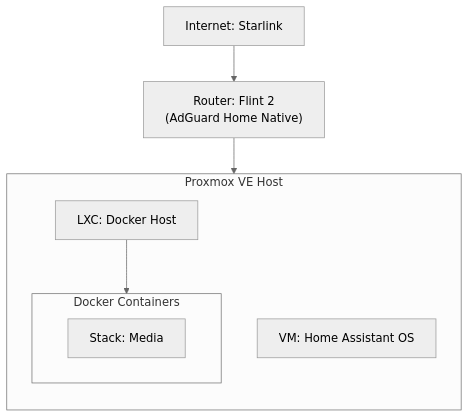
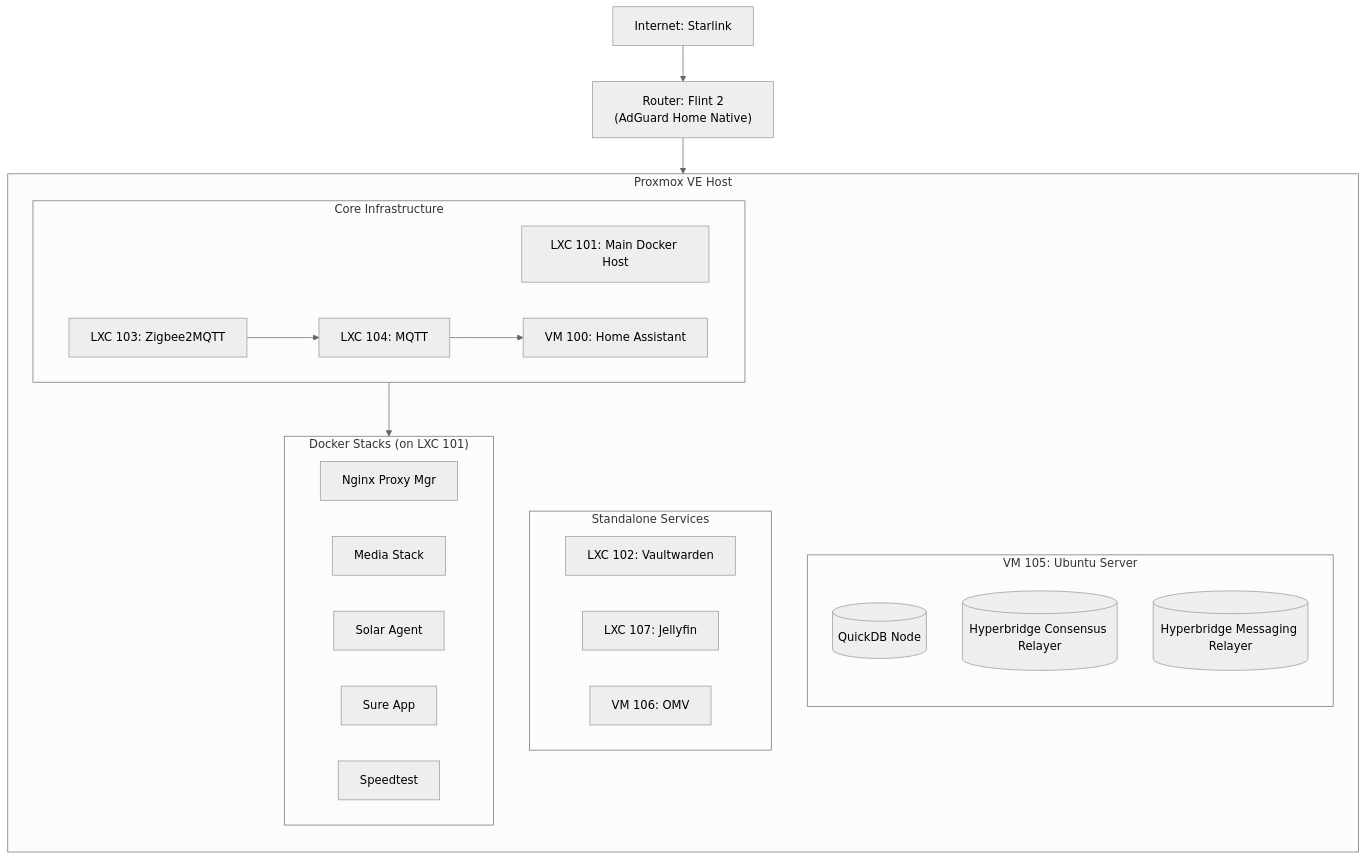
Before and after one commit to LifeofDan-EL/homelab: the diagram in README.md, drawn with Mermaid (neutral theme). The commit also changed other lines of this file and 10 other files, not shown here.

````diff
--- a/README.md
+++ b/README.md
@@ -40,18 +40,48 @@
 ```mermaid
 graph TD
     Internet["Internet: Starlink"] --> Router["Router: Flint 2<br/>(AdGuard Home Native)"]
 
-    subgraph Proxmox_Node [Proxmox VE Host]
+    subgraph Proxmox_Node ["Proxmox VE Host"]
         direction TB
-        LXC_Docker["LXC: Docker Host"]
-        VM_HA["VM: Home Assistant OS"]
 
-        subgraph Docker_Stacks [Docker Containers]
-            Stack_Media["Stack: Media"]
+        %% Core Infrastructure
+        subgraph Core_Infra ["Core Infrastructure"]
+            direction LR
+            LXC_Docker["LXC 101: Main Docker Host"]
+            VM_HA["VM 100: Home Assistant"]
+            LXC_MQTT["LXC 104: MQTT"]
+            LXC_Z2M["LXC 103: Zigbee2MQTT"]
         end
 
+        %% Secondary Docker Host (Ubuntu VM)
+        subgraph VM_Ubuntu ["VM 105: Ubuntu Server"]
+            direction TB
+            Container_QuickDB[("QuickDB Node")]
+            Container_Consensus[("Hyperbridge Consensus Relayer")]
+            Container_Messaging[(" Hyperbridge Messaging Relayer")]
+        end
+
+        %% Standalone Services
+        subgraph Standalone ["Standalone Services"]
+            LXC_Vault["LXC 102: Vaultwarden"]
+            LXC_Jelly["LXC 107: Jellyfin"]
+            VM_OMV["VM 106: OMV"]
+        end
+
+        %% Main Docker Stacks
+        subgraph Docker_Stacks ["Docker Stacks (on LXC 101)"]
+            Stack_NPM["Nginx Proxy Mgr"]
+            Stack_Media["Media Stack"]
+            Stack_Solar["Solar Agent"]
+            Stack_Sure["Sure App"]
+            Stack_Speed["Speedtest"]
+        end
+
+        %% Connections
         LXC_Docker --> Docker_Stacks
+        LXC_Z2M --> LXC_MQTT
+        LXC_MQTT --> VM_HA
     end
 
     Router --> Proxmox_Node
 ```
````
